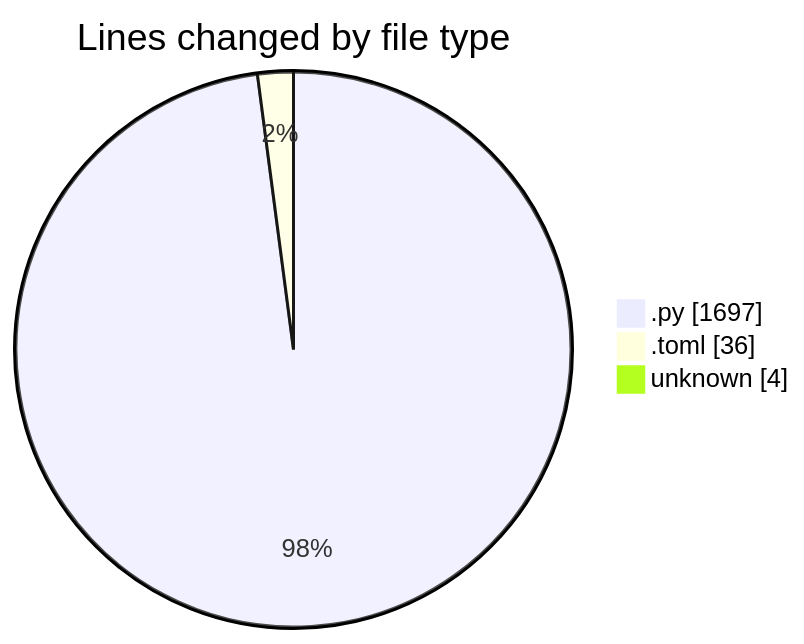
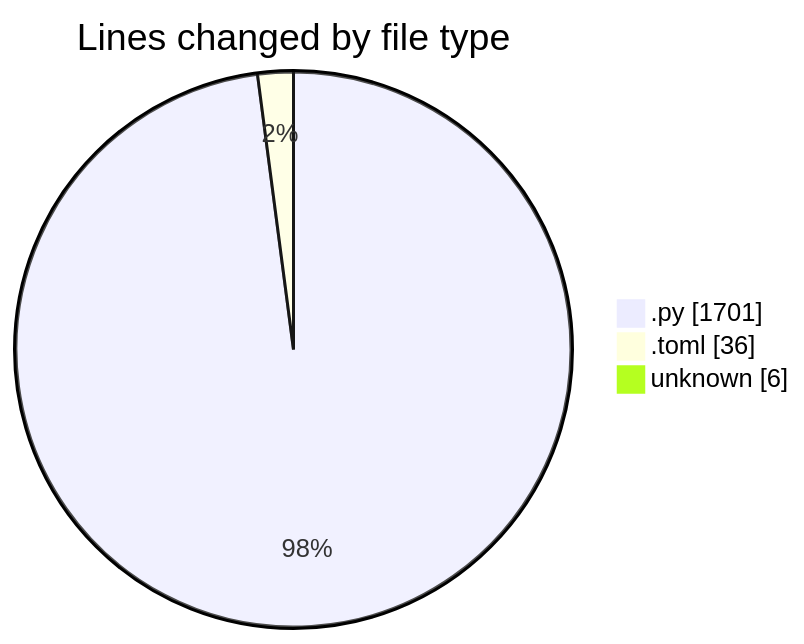
The first of 2 diagrams in 2025-11-20/eventscop-api-guide__workspace_/README.md (julien-gomy/code-tracking), drawn with Mermaid before and after one commit. The commit also changed other lines of this file and 1 other file, not shown here.

````diff
--- a/2025-11-20/eventscop-api-guide__workspace_/README.md
+++ b/2025-11-20/eventscop-api-guide__workspace_/README.md
@@ -31,7 +31,7 @@
 ```mermaid
 pie showData
 title Lines changed by file type
-".py" : 1697
+".py" : 1701
 ".toml" : 36
-"unknown" : 4
+"unknown" : 6
 ```
````
